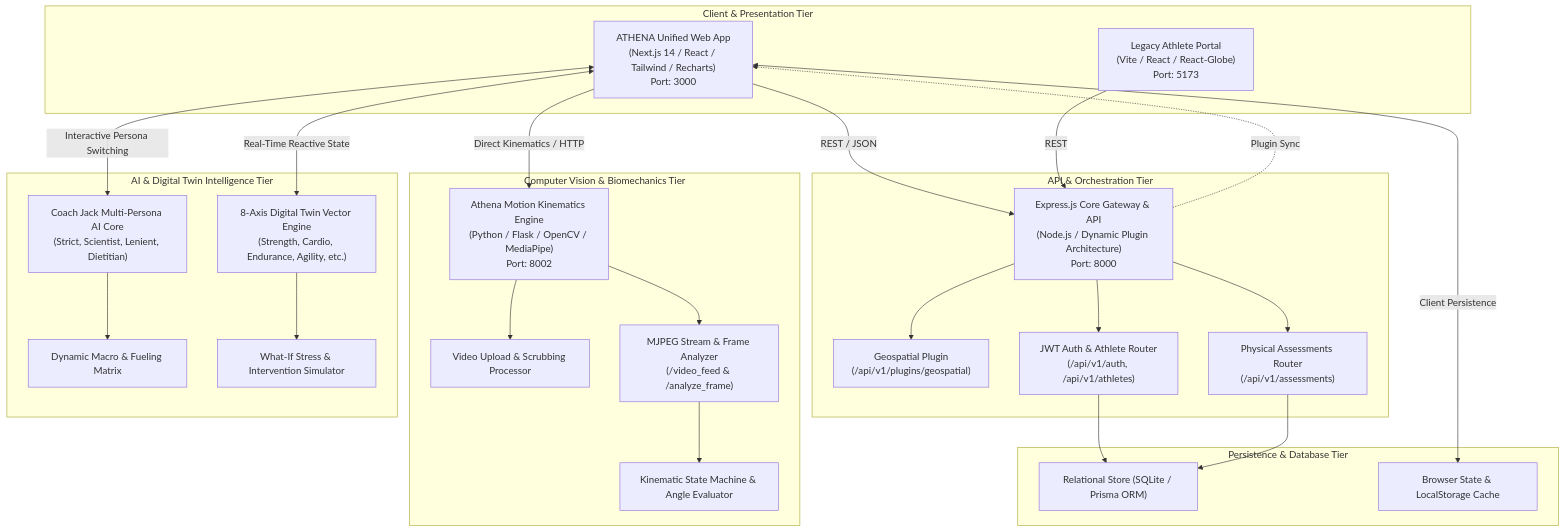
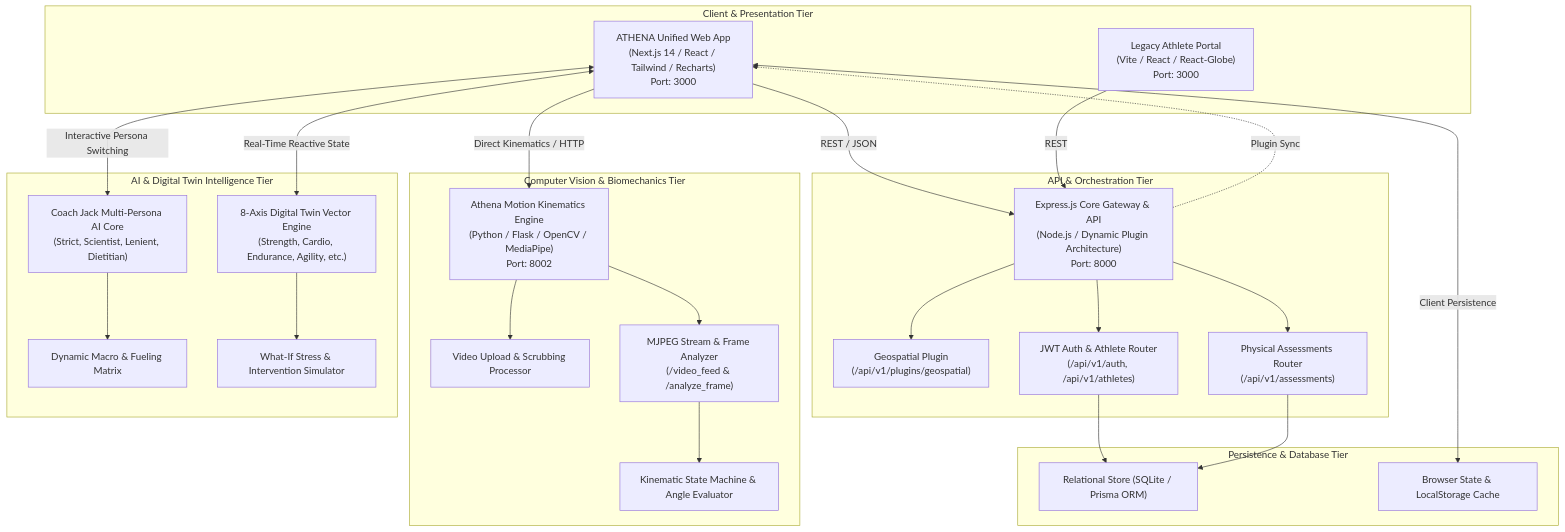
One commit to armanmallick1118-maker/Sport_Talent-main changed the first of 6 diagrams in architecture.md. Above: the diagram before and after it, drawn with Mermaid. The commit also changed other lines of this file and 8 other files, not shown here.

````diff
--- a/architecture.md
+++ b/architecture.md
@@ -7,56 +7,56 @@
 ```mermaid
 flowchart TB
     subgraph Client_Tier ["Client & Presentation Tier"]
         WEB["ATHENA Unified Web App<br/>(Next.js 14 / React / Tailwind / Recharts)<br/>Port: 3000"]
-        VITE["Legacy Athlete Portal<br/>(Vite / React / React-Globe)<br/>Port: 5173"]
+        VITE["Legacy Athlete Portal<br/>(Vite / React / React-Globe)<br/>Port: 3000"]
     end
 
     subgraph Gateway_Tier ["API & Orchestration Tier"]
         EXPRESS["Express.js Core Gateway & API<br/>(Node.js / Dynamic Plugin Architecture)<br/>Port: 8000"]
         PLUGIN_GEO["Geospatial Plugin<br/>(/api/v1/plugins/geospatial)"]
         AUTH_ROUTER["JWT Auth & Athlete Router<br/>(/api/v1/auth, /api/v1/athletes)"]
         ASSESS_ROUTER["Physical Assessments Router<br/>(/api/v1/assessments)"]
     end
 
     subgraph CV_Tier ["Computer Vision & Biomechanics Tier"]
         ATHENA_CV["Athena Motion Kinematics Engine<br/>(Python / Flask / OpenCV / MediaPipe)<br/>Port: 8002"]
         VIDEO_PIPE["Video Upload & Scrubbing Processor"]
         FRAME_EXTRACT["MJPEG Stream & Frame Analyzer<br/>(/video_feed & /analyze_frame)"]
         REP_COUNTER["Kinematic State Machine & Angle Evaluator"]
     end
 
     subgraph AI_Twin_Tier ["AI & Digital Twin Intelligence Tier"]
         TWIN_ENGINE["8-Axis Digital Twin Vector Engine<br/>(Strength, Cardio, Endurance, Agility, etc.)"]
         COACH_JACK["Coach Jack Multi-Persona AI Core<br/>(Strict, Scientist, Lenient, Dietitian)"]
         NUTRITION_CALC["Dynamic Macro & Fueling Matrix"]
         SIMULATOR["What-If Stress & Intervention Simulator"]
     end
 
     subgraph Data_Tier ["Persistence & Database Tier"]
         SQLITE["Relational Store (SQLite / Prisma ORM)"]
         LOCAL_STATE["Browser State & LocalStorage Cache"]
     end
 
     %% Interactions
     WEB -->|"REST / JSON"| EXPRESS
     WEB -->|"Direct Kinematics / HTTP"| ATHENA_CV
     WEB <-->|"Real-Time Reactive State"| TWIN_ENGINE
     WEB <-->|"Interactive Persona Switching"| COACH_JACK
     WEB <-->|"Client Persistence"| LOCAL_STATE
 
     VITE -->|"REST"| EXPRESS
 
     EXPRESS --> AUTH_ROUTER
     EXPRESS --> ASSESS_ROUTER
     EXPRESS --> PLUGIN_GEO
     AUTH_ROUTER --> SQLITE
     ASSESS_ROUTER --> SQLITE
 
     ATHENA_CV --> VIDEO_PIPE
     ATHENA_CV --> FRAME_EXTRACT
     FRAME_EXTRACT --> REP_COUNTER
 
     COACH_JACK --> NUTRITION_CALC
     TWIN_ENGINE --> SIMULATOR
     EXPRESS -.->|"Plugin Sync"| WEB
 ```
````
